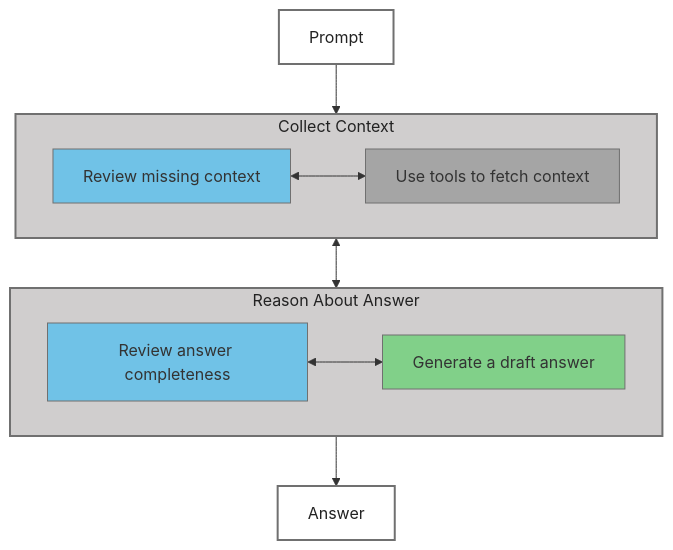
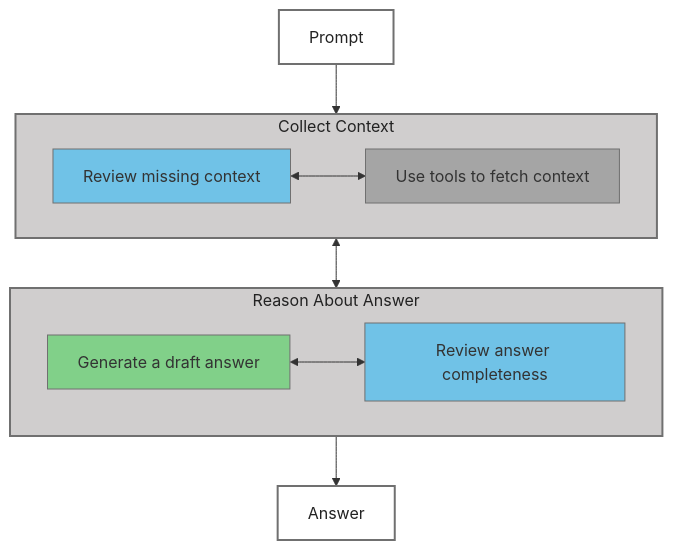
Before and after one commit to dime-worldbank/ai-research-training: the diagram in bootcamp/sessions/day-1/intro-ai-agents/img/reasoning-models.mmd, drawn with Mermaid. The commit also changed 1 other file, not shown here.

Commit message:
more mermaid and center text

```diff
--- a/bootcamp/sessions/day-1/intro-ai-agents/img/reasoning-models.mmd
+++ b/bootcamp/sessions/day-1/intro-ai-agents/img/reasoning-models.mmd
@@ -1,28 +1,28 @@
 flowchart TB
  subgraph reviewBox["Collect Context"]
     direction LR
         reviewPrompt["Review missing context"]
         tool["Use tools to fetch context"]
   end
  subgraph generateBox["Reason About Answer"]
     direction LR
         generate["Generate a draft answer"]
         reviewAnswer["Review answer completeness"]
   end
 
     reviewPrompt <--> tool
-    reviewAnswer <--> generate
+    generate <--> reviewAnswer
     prompt["Prompt"]:::whiteBox --> reviewBox
     reviewBox <--> generateBox
     generateBox --> answer["Answer"]:::whiteBox
 
     reviewPrompt:::llmEmbed
     tool:::tool
     generate:::llmGen
     reviewAnswer:::llmEmbed
     classDef llmEmbed fill:#70C2E7,stroke:#707070
     classDef llmGen fill:#81D089,stroke:#707070
     classDef tool fill:#A5A5A5,stroke:#707070
     style reviewBox fill:#D0CECE,stroke:#707070,stroke-width:2px,color:#222
     style generateBox fill:#D0CECE,stroke:#707070,stroke-width:2px,color:#222
     classDef whiteBox fill:#FFFFFF,stroke:#707070,stroke-width:2px,color:#222
```
